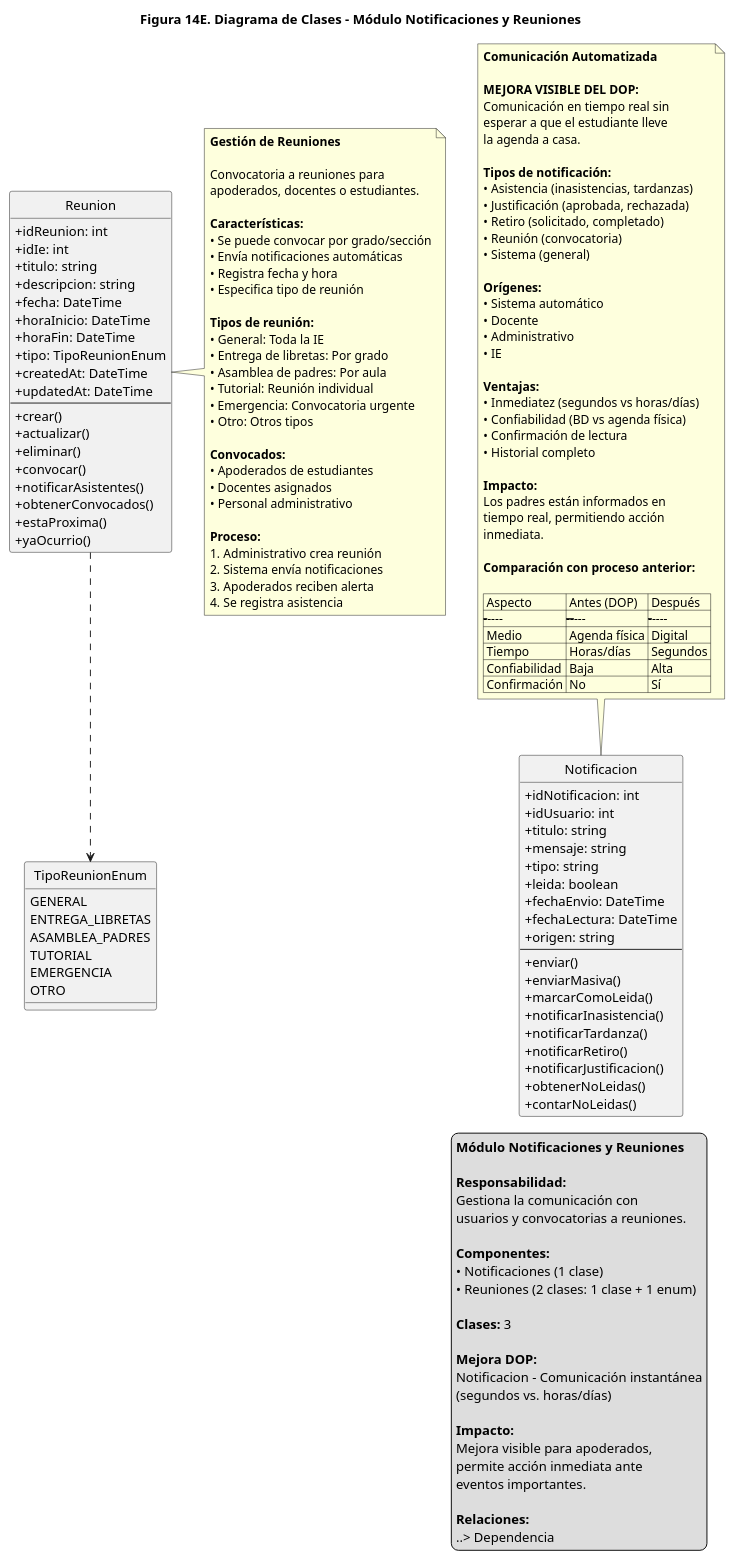
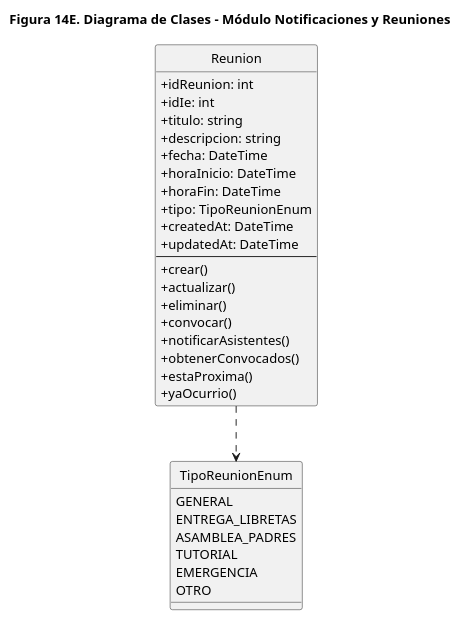
Before and after one commit to PRodrigocm/proyecto-tesis: the diagram in UML/figura-14E-modulo-notificaciones-reuniones.puml, drawn with PlantUML. The commit also changed 36 other files, not shown here.

```diff
--- a/UML/figura-14E-modulo-notificaciones-reuniones.puml
+++ b/UML/figura-14E-modulo-notificaciones-reuniones.puml
@@ -1,179 +1,51 @@
 @startuml Figura 14E - Módulo Notificaciones y Reuniones
 
 ' Configuración
 skinparam classAttributeIconSize 0
 skinparam linetype ortho
 skinparam groupInheritance 2
 hide circle
 skinparam shadowing false
 
 title Figura 14E. Diagrama de Clases – Módulo Notificaciones y Reuniones
 
 ' ============================================
 ' CLASES DEL MÓDULO NOTIFICACIONES Y REUNIONES
 ' ============================================
-
-class Notificacion {
-  +idNotificacion: int
-  +idUsuario: int
-  +titulo: string
-  +mensaje: string
-  +tipo: string
-  +leida: boolean
-  +fechaEnvio: DateTime
-  +fechaLectura: DateTime
-  +origen: string
-  --
-  +enviar()
-  +enviarMasiva()
-  +marcarComoLeida()
-  +notificarInasistencia()
-  +notificarTardanza()
-  +notificarRetiro()
-  +notificarJustificacion()
-  +obtenerNoLeidas()
-  +contarNoLeidas()
-}
 
 class Reunion {
   +idReunion: int
   +idIe: int
   +titulo: string
   +descripcion: string
   +fecha: DateTime
   +horaInicio: DateTime
   +horaFin: DateTime
   +tipo: TipoReunionEnum
   +createdAt: DateTime
   +updatedAt: DateTime
   --
   +crear()
   +actualizar()
   +eliminar()
   +convocar()
   +notificarAsistentes()
   +obtenerConvocados()
   +estaProxima()
   +yaOcurrio()
 }
 
 enum TipoReunionEnum {
   GENERAL
   ENTREGA_LIBRETAS
   ASAMBLEA_PADRES
   TUTORIAL
   EMERGENCIA
   OTRO
 }
 
 ' ============================================
 ' RELACIONES
 ' ============================================
-
 Reunion ..> TipoReunionEnum
-
-' ============================================
-' NOTAS EXPLICATIVAS
-' ============================================
-
-note top of Notificacion
-  **Comunicación Automatizada**
-  
-  **MEJORA VISIBLE DEL DOP:**
-  Comunicación en tiempo real sin
-  esperar a que el estudiante lleve
-  la agenda a casa.
-  
-  **Tipos de notificación:**
-  • Asistencia (inasistencias, tardanzas)
-  • Justificación (aprobada, rechazada)
-  • Retiro (solicitado, completado)
-  • Reunión (convocatoria)
-  • Sistema (general)
-  
-  **Orígenes:**
-  • Sistema automático
-  • Docente
-  • Administrativo
-  • IE
-  
-  **Ventajas:**
-  • Inmediatez (segundos vs horas/días)
-  • Confiabilidad (BD vs agenda física)
-  • Confirmación de lectura
-  • Historial completo
-  
-  **Impacto:**
-  Los padres están informados en
-  tiempo real, permitiendo acción
-  inmediata.
-  
-  **Comparación con proceso anterior:**
-  
-  | Aspecto | Antes (DOP) | Después |
-  |---------|-------------|---------|
-  | Medio | Agenda física | Digital |
-  | Tiempo | Horas/días | Segundos |
-  | Confiabilidad | Baja | Alta |
-  | Confirmación | No | Sí |
-end note
-
-note right of Reunion
-  **Gestión de Reuniones**
-  
-  Convocatoria a reuniones para
-  apoderados, docentes o estudiantes.
-  
-  **Características:**
-  • Se puede convocar por grado/sección
-  • Envía notificaciones automáticas
-  • Registra fecha y hora
-  • Especifica tipo de reunión
-  
-  **Tipos de reunión:**
-  • General: Toda la IE
-  • Entrega de libretas: Por grado
-  • Asamblea de padres: Por aula
-  • Tutorial: Reunión individual
-  • Emergencia: Convocatoria urgente
-  • Otro: Otros tipos
-  
-  **Convocados:**
-  • Apoderados de estudiantes
-  • Docentes asignados
-  • Personal administrativo
-  
-  **Proceso:**
-  1. Administrativo crea reunión
-  2. Sistema envía notificaciones
-  3. Apoderados reciben alerta
-  4. Se registra asistencia
-end note
-
-legend right
-  **Módulo Notificaciones y Reuniones**
-  
-  **Responsabilidad:**
-  Gestiona la comunicación con
-  usuarios y convocatorias a reuniones.
-  
-  **Componentes:**
-  • Notificaciones (1 clase)
-  • Reuniones (2 clases: 1 clase + 1 enum)
-  
-  **Clases:** 3
-  
-  **Mejora DOP:**
-  Notificacion - Comunicación instantánea
-  (segundos vs. horas/días)
-  
-  **Impacto:**
-  Mejora visible para apoderados,
-  permite acción inmediata ante
-  eventos importantes.
-  
-  **Relaciones:**
-  ..> Dependencia
-endlegend
-
 @enduml
```
